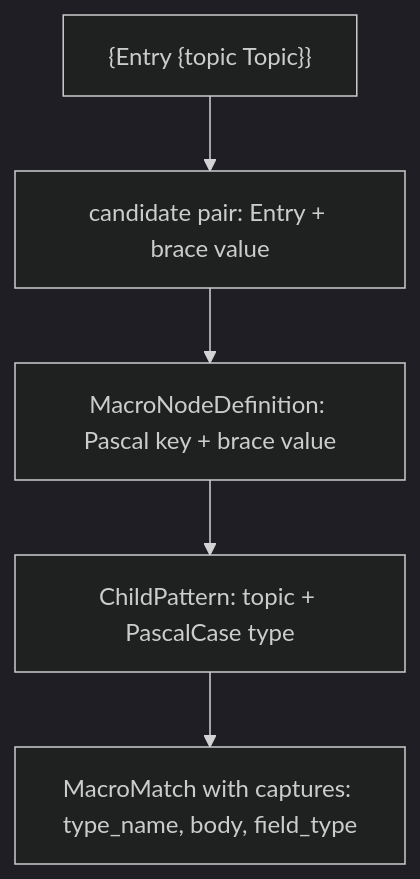
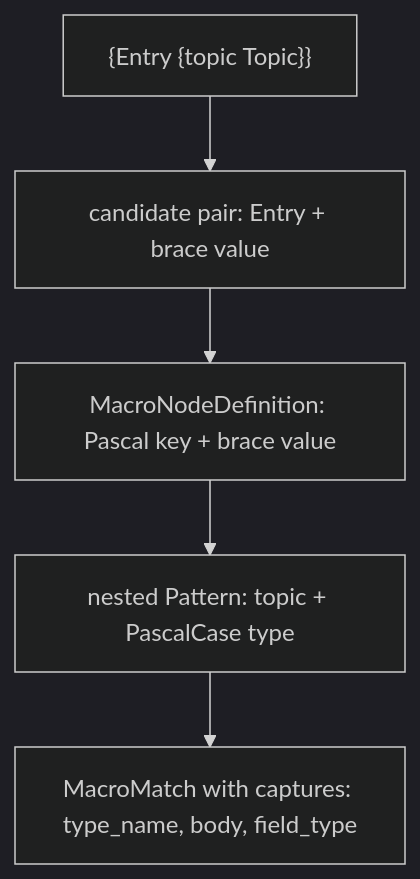
The fourth of 9 diagrams in reports/operator/264-asschema-typed-data-rkyv-sema-nota-presentation-2026-05-31.md (LiGoldragon/primary), drawn with Mermaid (dark theme) before and after one commit. The commit also changed other lines of this file and 6 other files, not shown here.

Commit message:
operator: present programmable nota schema stack

````diff
--- a/reports/operator/264-asschema-typed-data-rkyv-sema-nota-presentation-2026-05-31.md
+++ b/reports/operator/264-asschema-typed-data-rkyv-sema-nota-presentation-2026-05-31.md
@@ -457,13 +462,13 @@
 ```mermaid
 flowchart TD
   Source["{Entry {topic Topic}}"]
   Pair["candidate pair: Entry + brace value"]
   Pattern["MacroNodeDefinition: Pascal key + brace value"]
-  Children["ChildPattern: topic + PascalCase type"]
+  Children["nested Pattern: topic + PascalCase type"]
   Match["MacroMatch with captures: type_name, body, field_type"]
 
   Source --> Pair
   Pair --> Pattern
   Pattern --> Children
   Children --> Match
 ```
````
